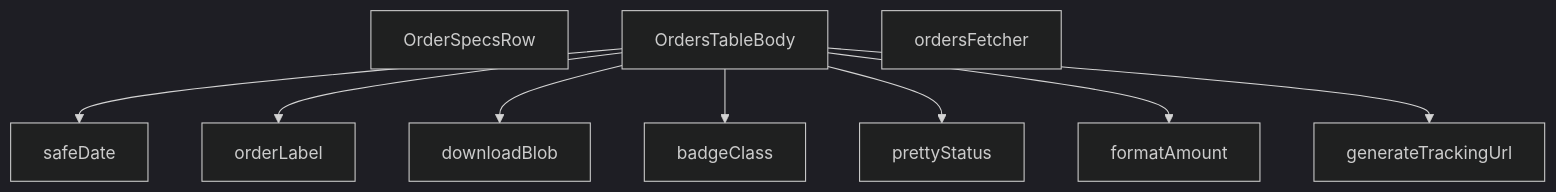
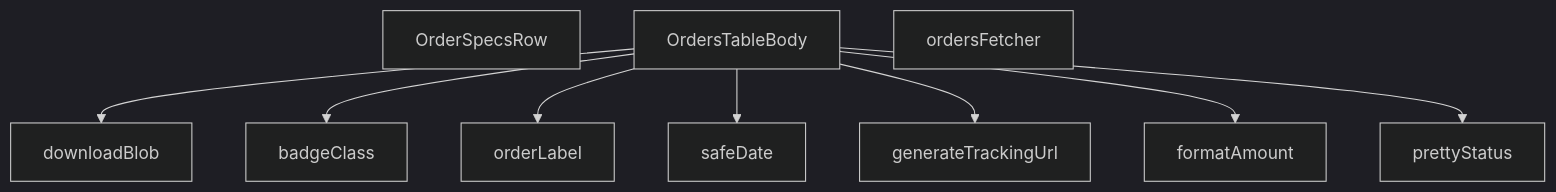
The diagram in src/views/admin/OrdersTableBody.md (peckop/venthub-hvac-esite), drawn with Mermaid (dark theme) before and after one commit. The commit also changed other lines of this file and 22 other files, not shown here.

````diff
--- a/src/views/admin/OrdersTableBody.md
+++ b/src/views/admin/OrdersTableBody.md
@@ -388,20 +388,20 @@
 ```mermaid
 graph TD
     OrdersTableBody_tsx__OrderSpecsRow["OrderSpecsRow"]
     OrdersTableBody_tsx__OrdersTableBody["OrdersTableBody"]
     OrdersTableBody_tsx__badgeClass["badgeClass"]
     OrdersTableBody_tsx__downloadBlob["downloadBlob"]
     OrdersTableBody_tsx__formatAmount["formatAmount"]
     OrdersTableBody_tsx__generateTrackingUrl["generateTrackingUrl"]
     OrdersTableBody_tsx__orderLabel["orderLabel"]
     OrdersTableBody_tsx__ordersFetcher["ordersFetcher"]
     OrdersTableBody_tsx__prettyStatus["prettyStatus"]
     OrdersTableBody_tsx__safeDate["safeDate"]
-    OrdersTableBody_tsx__OrdersTableBody --> OrdersTableBody_tsx__safeDate
-    OrdersTableBody_tsx__OrdersTableBody --> OrdersTableBody_tsx__orderLabel
     OrdersTableBody_tsx__OrdersTableBody --> OrdersTableBody_tsx__downloadBlob
     OrdersTableBody_tsx__OrdersTableBody --> OrdersTableBody_tsx__badgeClass
+    OrdersTableBody_tsx__OrdersTableBody --> OrdersTableBody_tsx__orderLabel
+    OrdersTableBody_tsx__OrdersTableBody --> OrdersTableBody_tsx__safeDate
+    OrdersTableBody_tsx__OrdersTableBody --> OrdersTableBody_tsx__generateTrackingUrl
+    OrdersTableBody_tsx__OrdersTableBody --> OrdersTableBody_tsx__formatAmount
     OrdersTableBody_tsx__OrdersTableBody --> OrdersTableBody_tsx__prettyStatus
-    OrdersTableBody_tsx__OrdersTableBody --> OrdersTableBody_tsx__formatAmount
-    OrdersTableBody_tsx__OrdersTableBody --> OrdersTableBody_tsx__generateTrackingUrl
 ```
````
